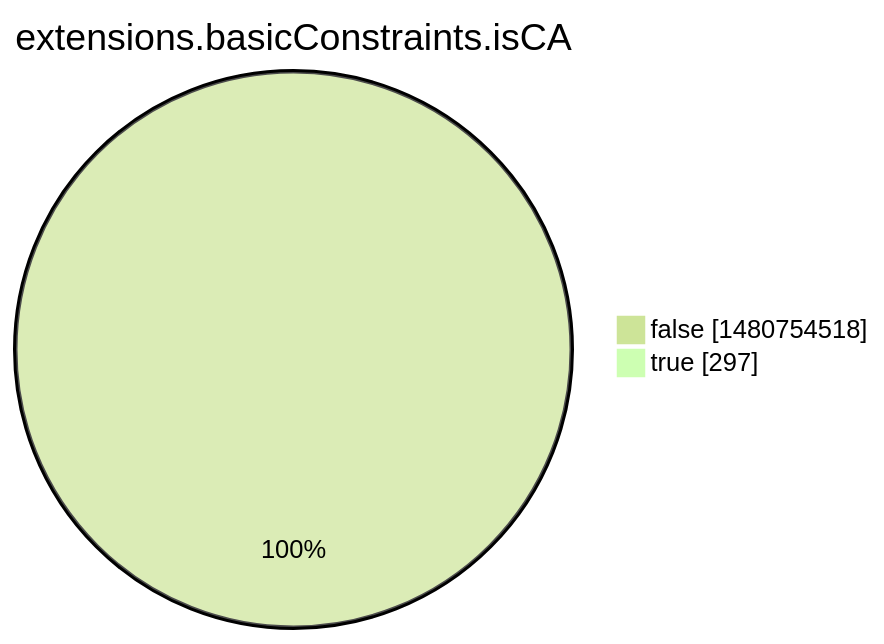
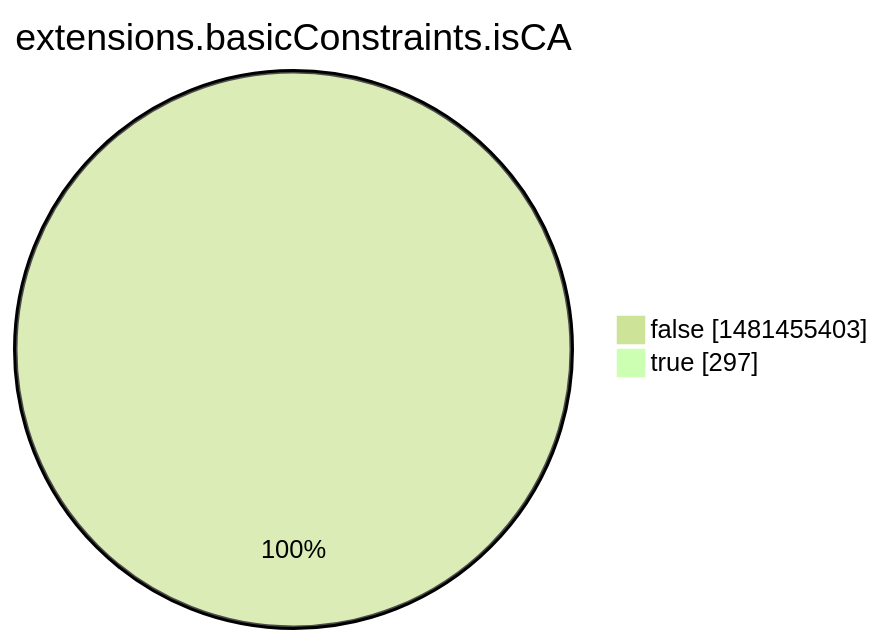
The eighth of 15 diagrams in argon2022/README.md (christiankrug/ctmonitor_visualization), drawn with Mermaid (forest theme) before and after one commit. The commit also changed other lines of this file, not shown here.

````diff
--- a/argon2022/README.md
+++ b/argon2022/README.md
@@ -2760,6 +2760,6 @@
 ```mermaid
 pie showData
 title extensions.basicConstraints.isCA
-"false" :1480754518
+"false" :1481455403
 "true" :297
 ```
````
